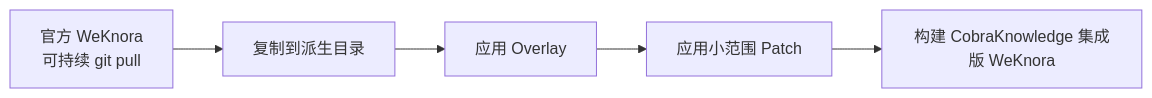
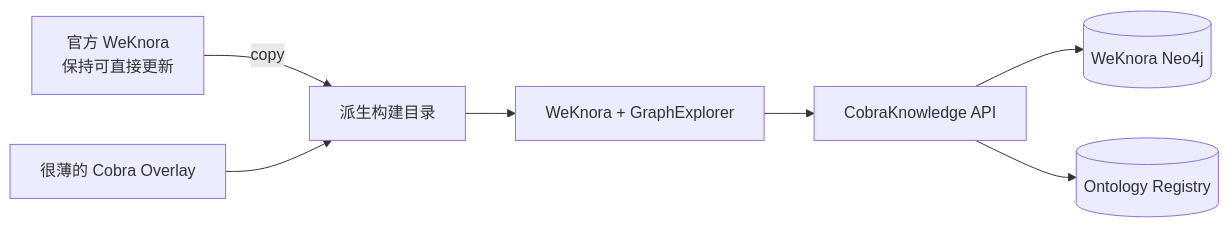
Before and after one commit to superbuzzy/Weknora-Semantica: the fourth of 6 diagrams in README.md, drawn with Mermaid. The commit also changed other lines of this file and 23 other files, not shown here.

First line of the commit message:
CobraKnowledge v0.4 — Ontology Registry 与版本治理

````diff
--- a/README.md
+++ b/README.md
@@ -831,7 +213,10 @@
 ```mermaid
 flowchart LR
-    UP[官方 WeKnora<br/>可持续 git pull] --> CP[复制到派生目录]
-    CP --> OV[应用 Overlay]
-    OV --> PT[应用小范围 Patch]
-    PT --> BUILD[构建 CobraKnowledge 集成版 WeKnora]
+    W[官方 WeKnora<br/>保持可直接更新] -->|copy| D[派生构建目录]
+    O[很薄的 Cobra Overlay] --> D
+    D --> UI[WeKnora + GraphExplorer]
+
+    UI --> API[CobraKnowledge API]
+    API --> N[(WeKnora Neo4j)]
+    API --> R[(Ontology Registry)]
 ```
````
